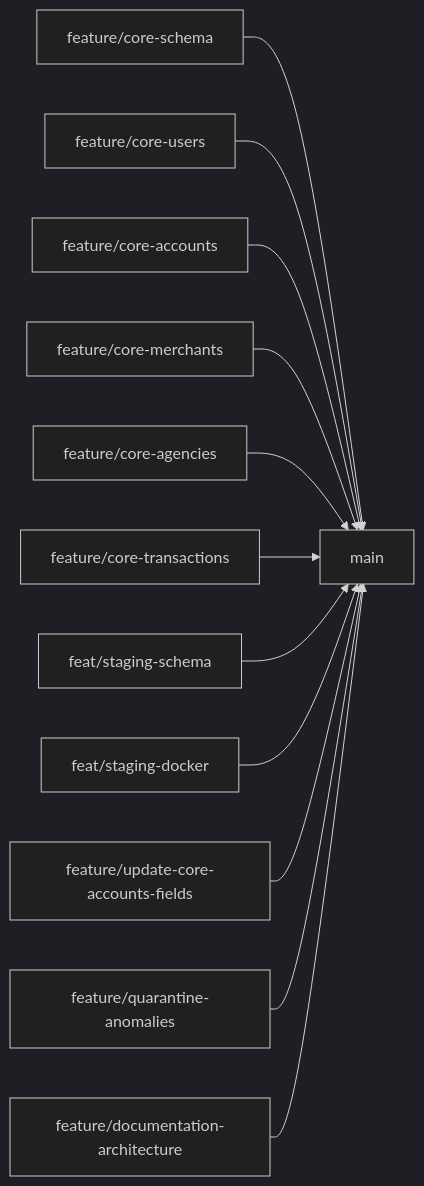
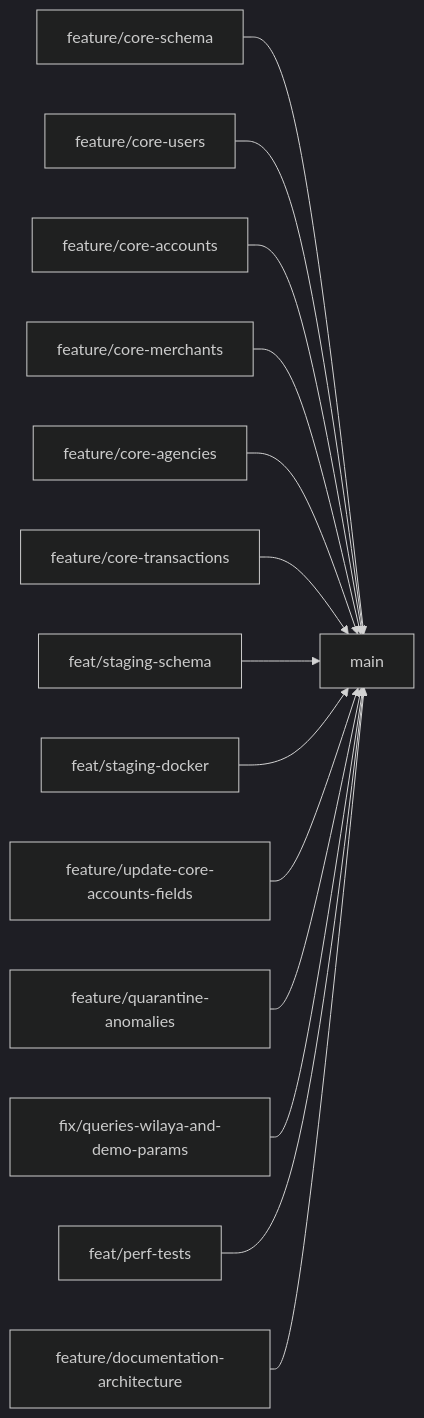
The fourth of 4 diagrams in README.md (Bedra11/nafad-pay-g1-oltp), drawn with Mermaid (dark theme) before and after one commit. The commit also changed other lines of this file, not shown here.

````diff
--- a/README.md
+++ b/README.md
@@ -360,15 +369,17 @@
 ```mermaid
 flowchart LR
 
 schema[feature/core-schema] --> main[main]
 users[feature/core-users] --> main
 accounts[feature/core-accounts] --> main
 merchants[feature/core-merchants] --> main
 agencies[feature/core-agencies] --> main
 transactions[feature/core-transactions] --> main
 stg1[feat/staging-schema] --> main
 stg2[feat/staging-docker] --> main
 upd[feature/update-core-accounts-fields] --> main
 qa[feature/quarantine-anomalies] --> main
+fix[fix/queries-wilaya-and-demo-params] --> main
+perf[feat/perf-tests] --> main
 doc[feature/documentation-architecture] --> main
 ```
````
